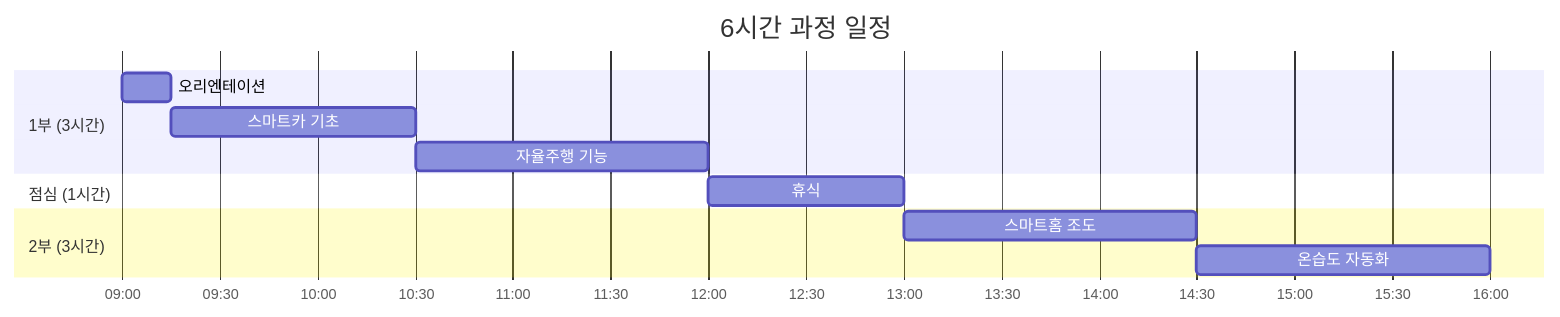
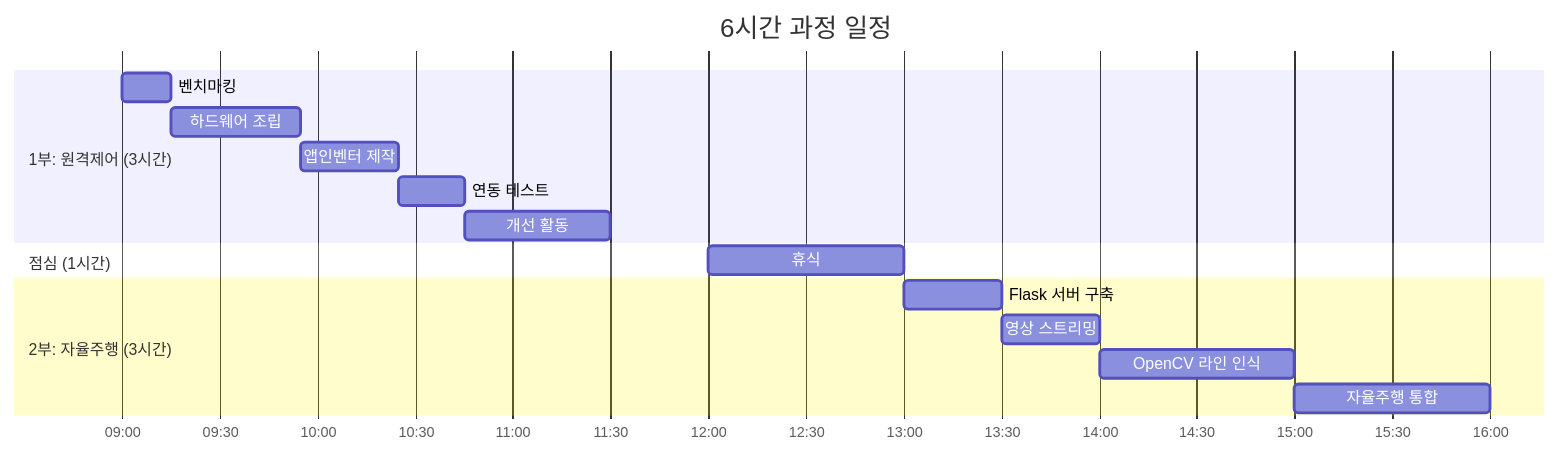
The seventh of 10 diagrams in documents/CURRICULUM/맛보기_아두이노_ESP32.md (Collegenie-X/AIMakerLab_Web), drawn with Mermaid before and after one commit. The commit also changed other lines of this file and 3 other files, not shown here.

````diff
--- a/documents/CURRICULUM/맛보기_아두이노_ESP32.md
+++ b/documents/CURRICULUM/맛보기_아두이노_ESP32.md
@@ -418,18 +673,22 @@
 ```mermaid
 gantt
     title 6시간 과정 일정
     dateFormat HH:mm
     axisFormat %H:%M
     
-    section 1부 (3시간)
-    오리엔테이션: 09:00, 15m
-    스마트카 기초: 09:15, 75m
-    자율주행 기능: 10:30, 90m
+    section 1부: 원격제어 (3시간)
+    벤치마킹: 09:00, 15m
+    하드웨어 조립: 09:15, 40m
+    앱인벤터 제작: 09:55, 30m
+    연동 테스트: 10:25, 20m
+    개선 활동: 10:45, 45m
     
     section 점심 (1시간)
     휴식: 12:00, 60m
     
-    section 2부 (3시간)
-    스마트홈 조도: 13:00, 90m
-    온습도 자동화: 14:30, 90m
+    section 2부: 자율주행 (3시간)
+    Flask 서버 구축: 13:00, 30m
+    영상 스트리밍: 13:30, 30m
+    OpenCV 라인 인식: 14:00, 60m
+    자율주행 통합: 15:00, 60m
 ```
````
